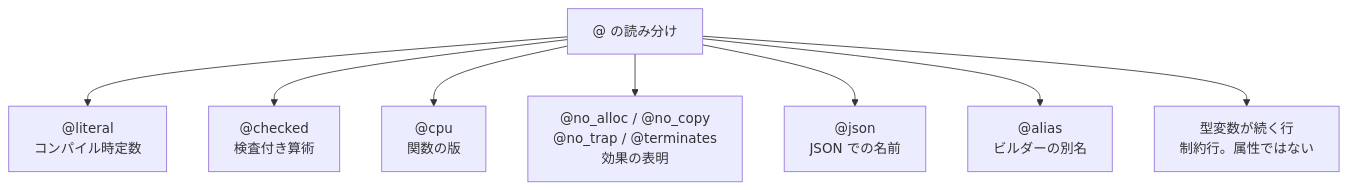
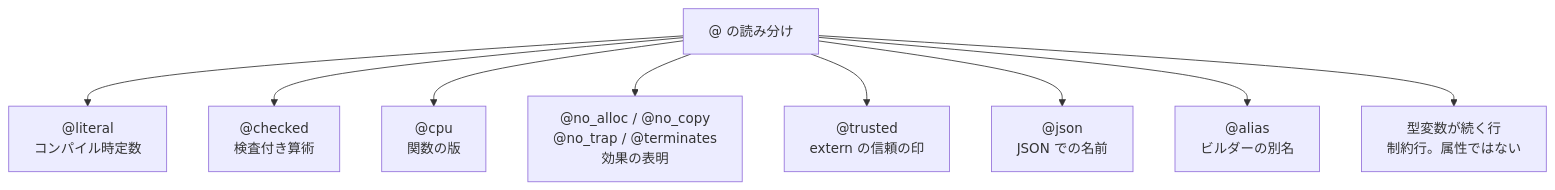
Before and after one commit to tatsuya-midorikawa/Tsuzuri: the diagram in _tsuzuri/language-reference/values-and-functions/attributes.md, drawn with Mermaid. The commit also changed other lines of this file and 68 other files, not shown here.

````diff
--- a/_tsuzuri/language-reference/values-and-functions/attributes.md
+++ b/_tsuzuri/language-reference/values-and-functions/attributes.md
@@ -20,11 +21,12 @@
 ```mermaid
 flowchart TD
     at["@ の読み分け"]
     at --> literal["@literal<br/>コンパイル時定数"]
     at --> checked["@checked<br/>検査付き算術"]
     at --> cpu["@cpu<br/>関数の版"]
     at --> effects["@no_alloc / @no_copy<br/>@no_trap / @terminates<br/>効果の表明"]
+    at --> trusted["@trusted<br/>extern の信頼の印"]
     at --> json["@json<br/>JSON での名前"]
     at --> alias["@alias<br/>ビルダーの別名"]
     at --> row["型変数が続く行<br/>制約行。属性ではない"]
 ```
````
